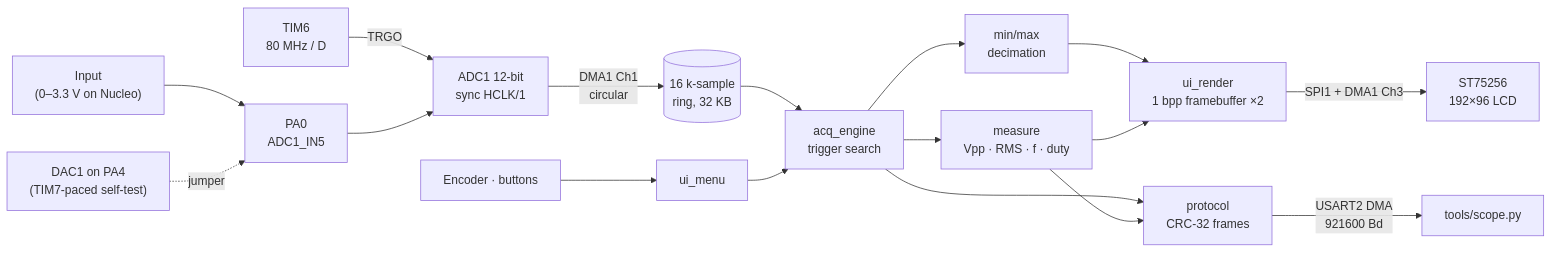
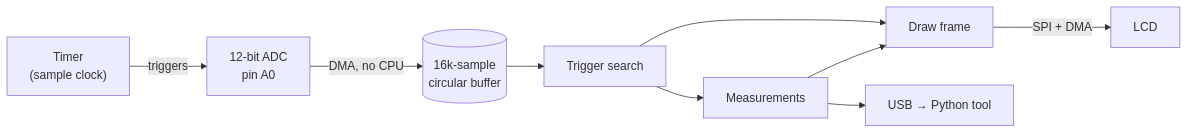
Before and after one commit to MykolaBohomaz/MiniOscilloscope: the diagram in README.md, drawn with Mermaid. The commit also changed other lines of this file and 19 other files, not shown here.

````diff
--- a/README.md
+++ b/README.md
@@ -45,19 +29,11 @@
 ```mermaid
 flowchart LR
-    IN["Input<br/>(0–3.3 V on Nucleo)"] --> PA0["PA0<br/>ADC1_IN5"]
-    TIM6["TIM6<br/>80 MHz / D"] -- TRGO --> ADC["ADC1 12-bit<br/>sync HCLK/1"]
-    PA0 --> ADC
-    ADC -- "DMA1 Ch1<br/>circular" --> RING[("16 k-sample<br/>ring, 32 KB")]
-    RING --> TRIG["acq_engine<br/>trigger search"]
-    TRIG --> MEAS["measure<br/>Vpp · RMS · f · duty"]
-    TRIG --> DEC["min/max<br/>decimation"]
-    DEC --> UI["ui_render<br/>1 bpp framebuffer ×2"]
-    MEAS --> UI
-    UI -- "SPI1 + DMA1 Ch3" --> LCD["ST75256<br/>192×96 LCD"]
-    TRIG --> LINK["protocol<br/>CRC-32 frames"]
-    MEAS --> LINK
-    LINK -- "USART2 DMA<br/>921600 Bd" --> PC["tools/scope.py"]
-    ENC["Encoder · buttons"] --> UIM["ui_menu"]
-    UIM --> TRIG
-    DAC["DAC1 on PA4<br/>(TIM7-paced self-test)"] -. "jumper" .-> PA0
+    TIM6["Timer<br/>(sample clock)"] -- triggers --> ADC["12-bit ADC<br/>pin A0"]
+    ADC -- "DMA, no CPU" --> RING[("16k-sample<br/>circular buffer")]
+    RING --> TRIG["Trigger search"]
+    TRIG --> MEAS["Measurements"]
+    TRIG --> DRAW["Draw frame"]
+    MEAS --> DRAW
+    DRAW -- "SPI + DMA" --> LCD["LCD"]
+    MEAS --> PC["USB → Python tool"]
 ```
````
